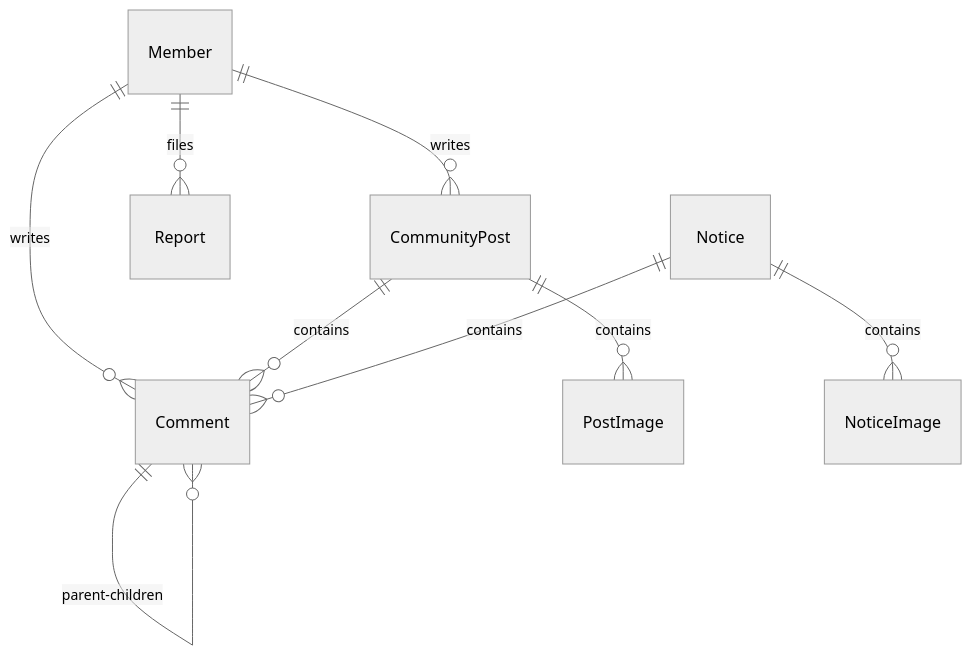
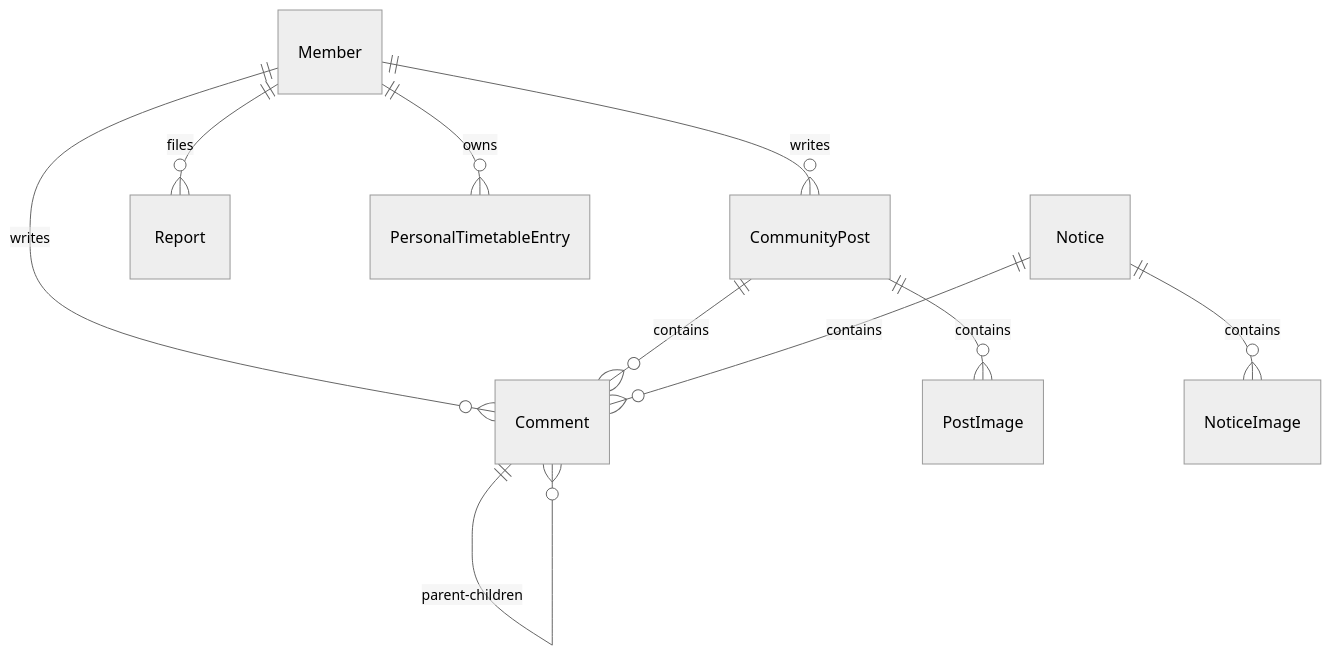
One commit to JinsuBae2/y-sync changed the diagram in ai_prompt/ARCHITECTURE.md. Above: the diagram before and after it, drawn with Mermaid (neutral theme). The commit also changed other lines of this file and 4 other files, not shown here.

````diff
--- a/ai_prompt/ARCHITECTURE.md
+++ b/ai_prompt/ARCHITECTURE.md
@@ -90,11 +93,12 @@
 ```mermaid
 erDiagram
     Member ||--o{ CommunityPost : writes
     Member ||--o{ Comment : writes
     Member ||--o{ Report : files
+    Member ||--o{ PersonalTimetableEntry : owns
     CommunityPost ||--o{ Comment : contains
     CommunityPost ||--o{ PostImage : contains
     Notice ||--o{ Comment : contains
     Notice ||--o{ NoticeImage : contains
     Comment ||--o{ Comment : parent-children
 ```
````
